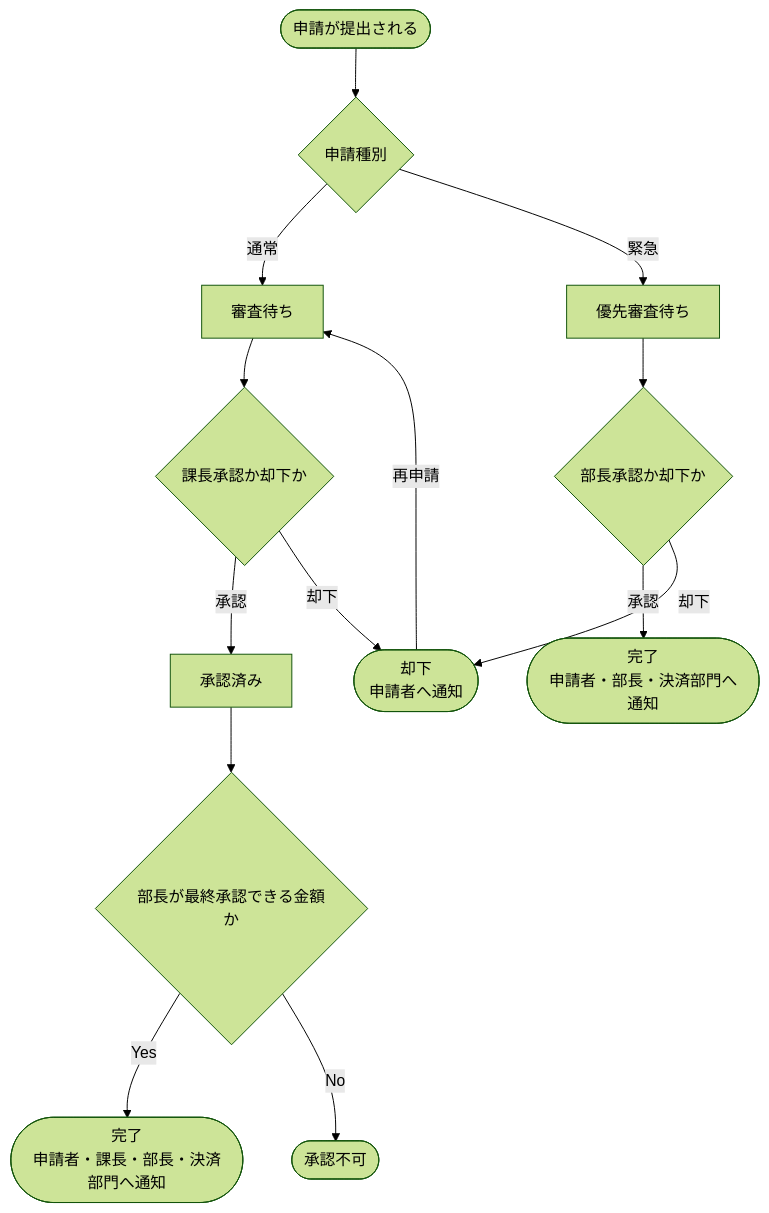
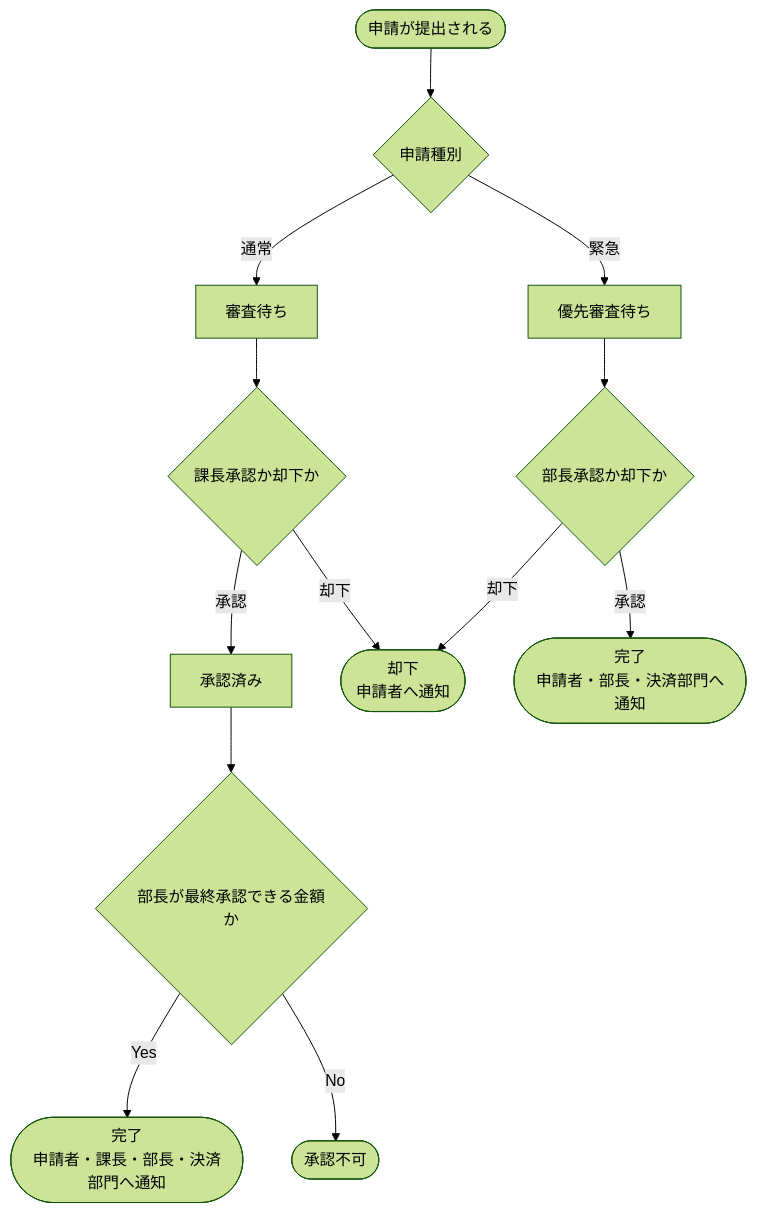
The sixth of 17 diagrams in kindle/design-patterns/output/chapter12.md (kumachan1101-pixel/DesignPattern), drawn with Mermaid (forest theme) before and after one commit. The commit also changed other lines of this file and 18 other files, not shown here.

````diff
--- a/kindle/design-patterns/output/chapter12.md
+++ b/kindle/design-patterns/output/chapter12.md
@@ -577,16 +579,15 @@
 ```mermaid
 flowchart TD
     A([申請が提出される]) --> B{申請種別}
     B -->|通常| C[審査待ち]
     B -->|緊急| D[優先審査待ち]
     C --> E{課長承認か却下か}
     E -->|承認| F[承認済み]
     E -->|却下| G([却下<br>申請者へ通知])
     D --> H{部長承認か却下か}
     H -->|承認| I([完了<br>申請者・部長・決済部門へ通知])
     H -->|却下| G
     F --> J{部長が最終承認できる金額か}
     J -->|Yes| K([完了<br>申請者・課長・部長・決済部門へ通知])
     J -->|No| L([承認不可])
-    G -->|再申請| C
 ```
````
